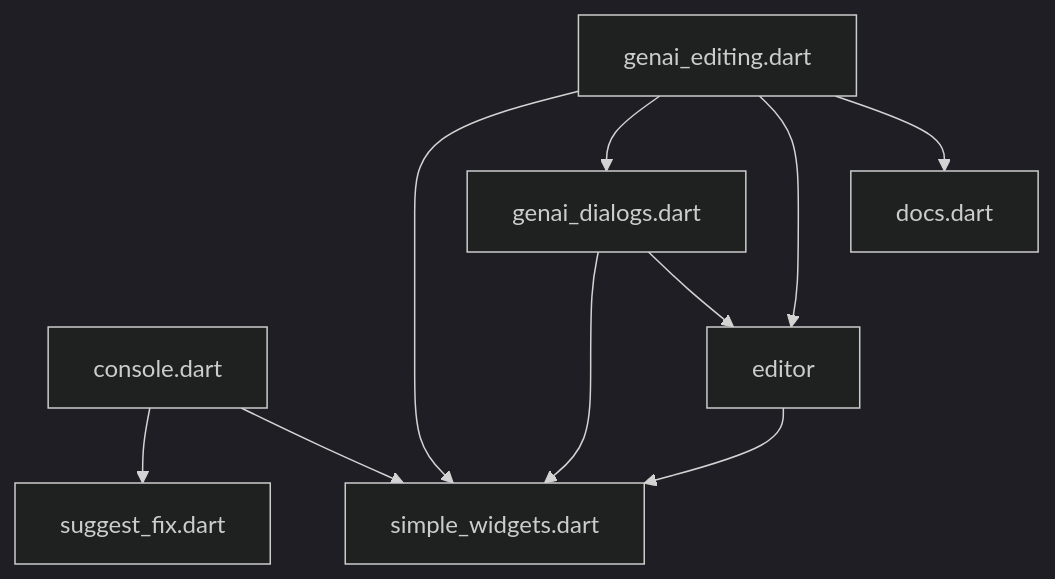
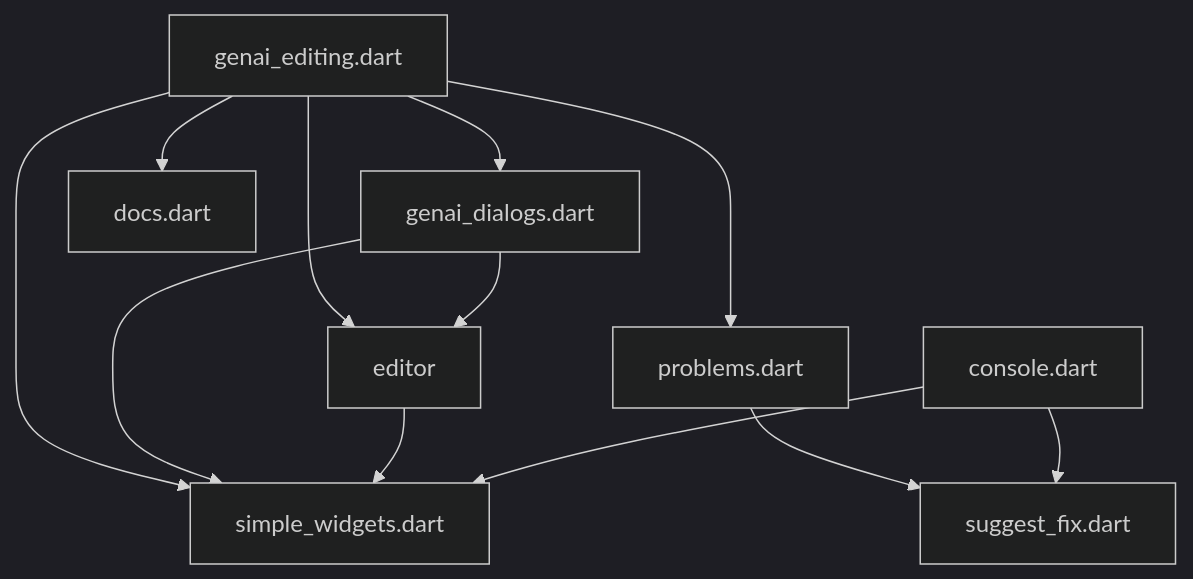
The diagram in pkgs/dartpad_ui/lib/app/DEPENDENCIES.md (dart-lang/dart-pad), drawn with Mermaid (dark theme) before and after one commit. The commit also changed 2 other files, not shown here.

````diff
--- a/pkgs/dartpad_ui/lib/app/DEPENDENCIES.md
+++ b/pkgs/dartpad_ui/lib/app/DEPENDENCIES.md
@@ -6,12 +6,14 @@
 ```mermaid
 flowchart TD;
 console.dart-->simple_widgets.dart;
 console.dart-->suggest_fix.dart;
 editor-->simple_widgets.dart;
 genai_dialogs.dart-->editor;
 genai_dialogs.dart-->simple_widgets.dart;
 genai_editing.dart-->docs.dart;
 genai_editing.dart-->editor;
 genai_editing.dart-->genai_dialogs.dart;
+genai_editing.dart-->problems.dart;
 genai_editing.dart-->simple_widgets.dart;
+problems.dart-->suggest_fix.dart;
 ```
````
